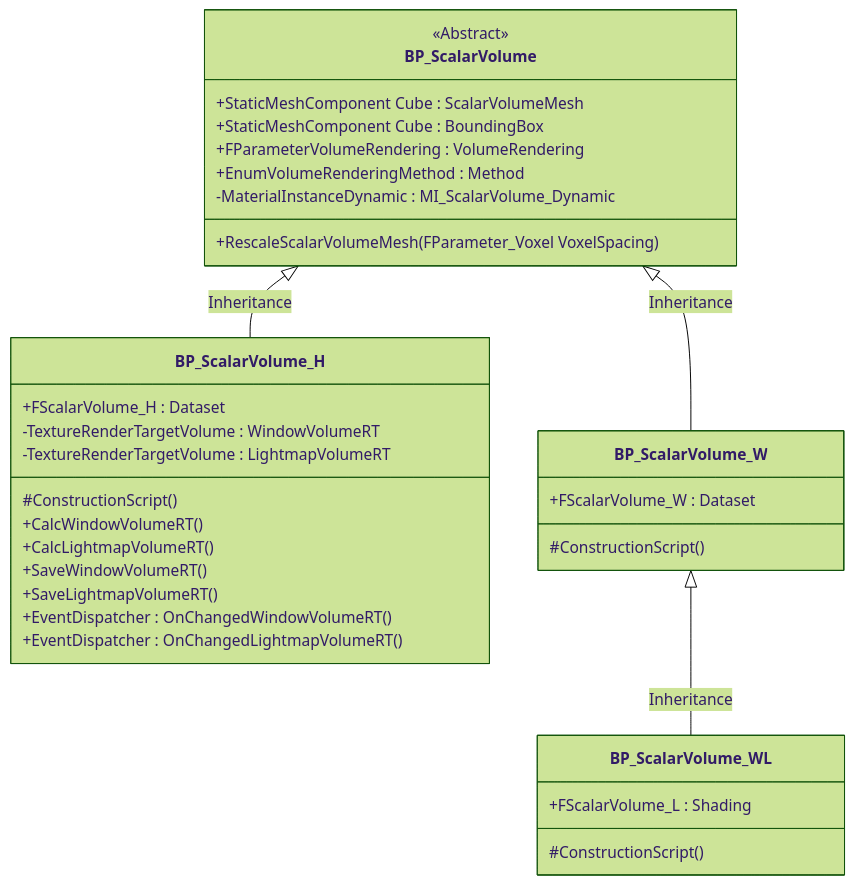
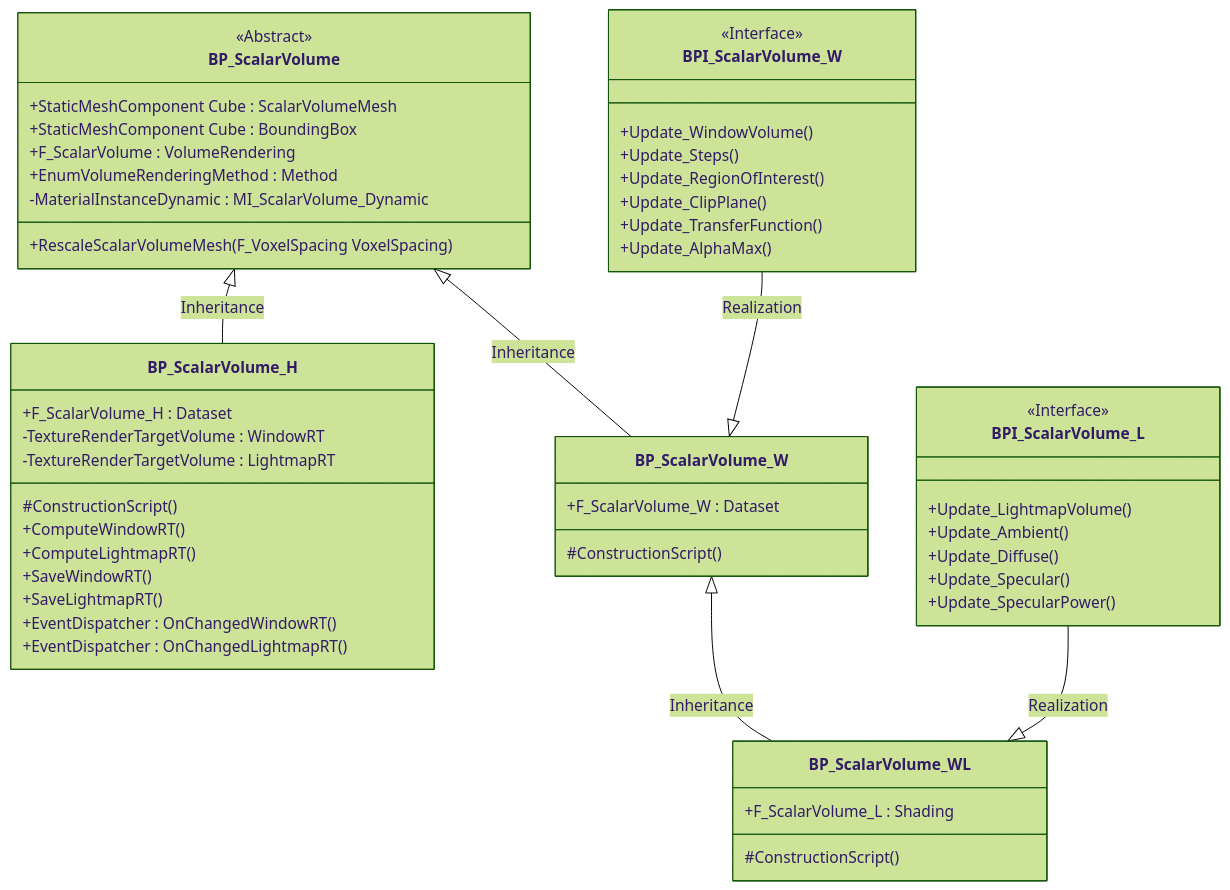
The second of 2 diagrams in README.md (brugr9/UEPluginVolumeCreator), drawn with Mermaid (forest theme) before and after one commit. The commit also changed other lines of this file, not shown here.

Commit message:
doc: Update Readme - Class Diagrams, Acronyms, Typo

````diff
--- a/README.md
+++ b/README.md
@@ -152,37 +226,56 @@
 ```mermaid
 classDiagram
   class BP_ScalarVolume{
+    <<Abstract>>
     +StaticMeshComponent Cube : ScalarVolumeMesh
     +StaticMeshComponent Cube : BoundingBox
-    +FParameterVolumeRendering : VolumeRendering
+    +F_ScalarVolume : VolumeRendering
     +EnumVolumeRenderingMethod : Method
     -MaterialInstanceDynamic : MI_ScalarVolume_Dynamic
-    +RescaleScalarVolumeMesh(FParameter_Voxel VoxelSpacing)
+    +RescaleScalarVolumeMesh(F_VoxelSpacing VoxelSpacing)
   }
   class BP_ScalarVolume_H{
-    +FScalarVolume_H : Dataset
-    -TextureRenderTargetVolume : WindowVolumeRT
-    -TextureRenderTargetVolume : LightmapVolumeRT
+    +F_ScalarVolume_H : Dataset
+    -TextureRenderTargetVolume : WindowRT
+    -TextureRenderTargetVolume : LightmapRT
     #ConstructionScript()
-    +CalcWindowVolumeRT()
-    +CalcLightmapVolumeRT()
-    +SaveWindowVolumeRT()
-    +SaveLightmapVolumeRT()
-    +EventDispatcher : OnChangedWindowVolumeRT()
-    +EventDispatcher : OnChangedLightmapVolumeRT()
+    +ComputeWindowRT()
+    +ComputeLightmapRT()
+    +SaveWindowRT()
+    +SaveLightmapRT()
+    +EventDispatcher : OnChangedWindowRT()
+    +EventDispatcher : OnChangedLightmapRT()
+  }
+    class BPI_ScalarVolume_W{
+    <<Interface>>
+    +Update_WindowVolume()
+    +Update_Steps()
+    +Update_RegionOfInterest()
+    +Update_ClipPlane()
+    +Update_TransferFunction()
+    +Update_AlphaMax()
+  }
+  class BPI_ScalarVolume_L{
+    <<Interface>>
+    +Update_LightmapVolume()
+    +Update_Ambient()
+    +Update_Diffuse()
+    +Update_Specular()
+    +Update_SpecularPower()
   }
   class BP_ScalarVolume_W{
-    +FScalarVolume_W : Dataset
+    +F_ScalarVolume_W : Dataset
     #ConstructionScript()
   }
   class BP_ScalarVolume_WL{
-    +FScalarVolume_L : Shading
+    +F_ScalarVolume_L : Shading
     #ConstructionScript()
   }
 
-  <<Abstract>> BP_ScalarVolume
-
   BP_ScalarVolume <|-- BP_ScalarVolume_H : Inheritance
   BP_ScalarVolume <|-- BP_ScalarVolume_W : Inheritance
+  BPI_ScalarVolume_W --|> BP_ScalarVolume_W : Realization
   BP_ScalarVolume_W <|-- BP_ScalarVolume_WL : Inheritance
+  BPI_ScalarVolume_L --|> BP_ScalarVolume_WL : Realization
+
 ```
````
